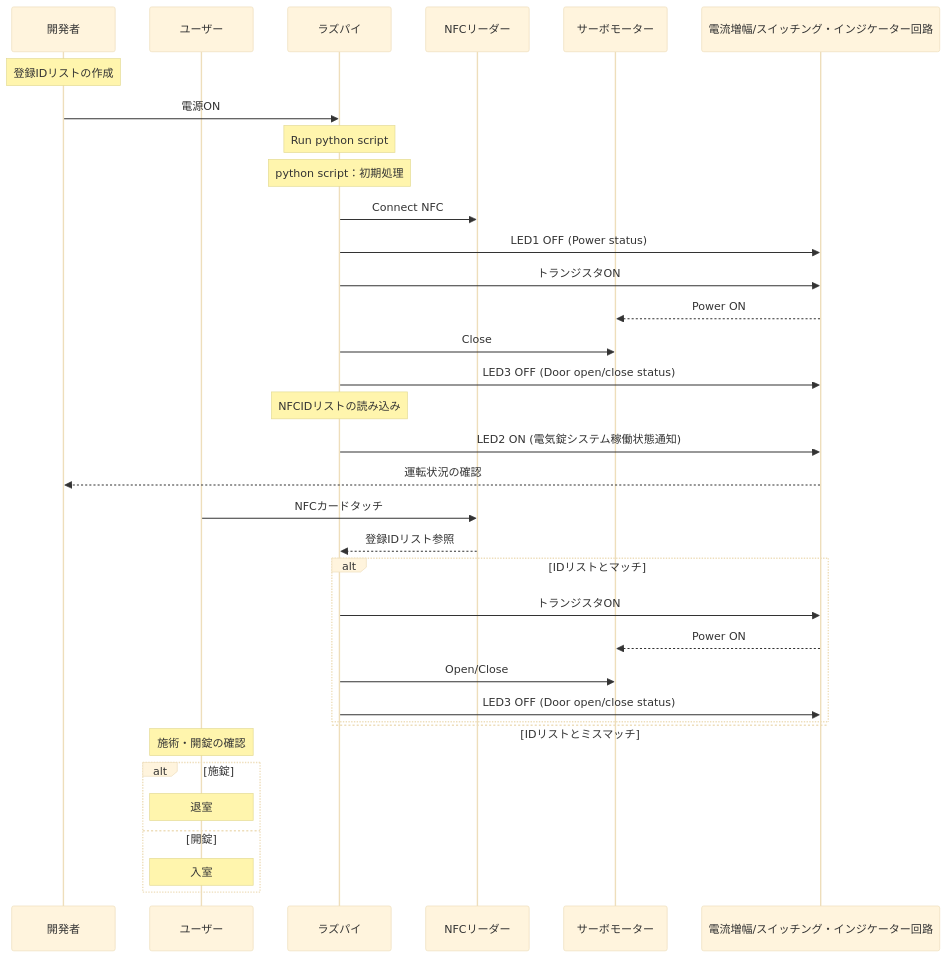
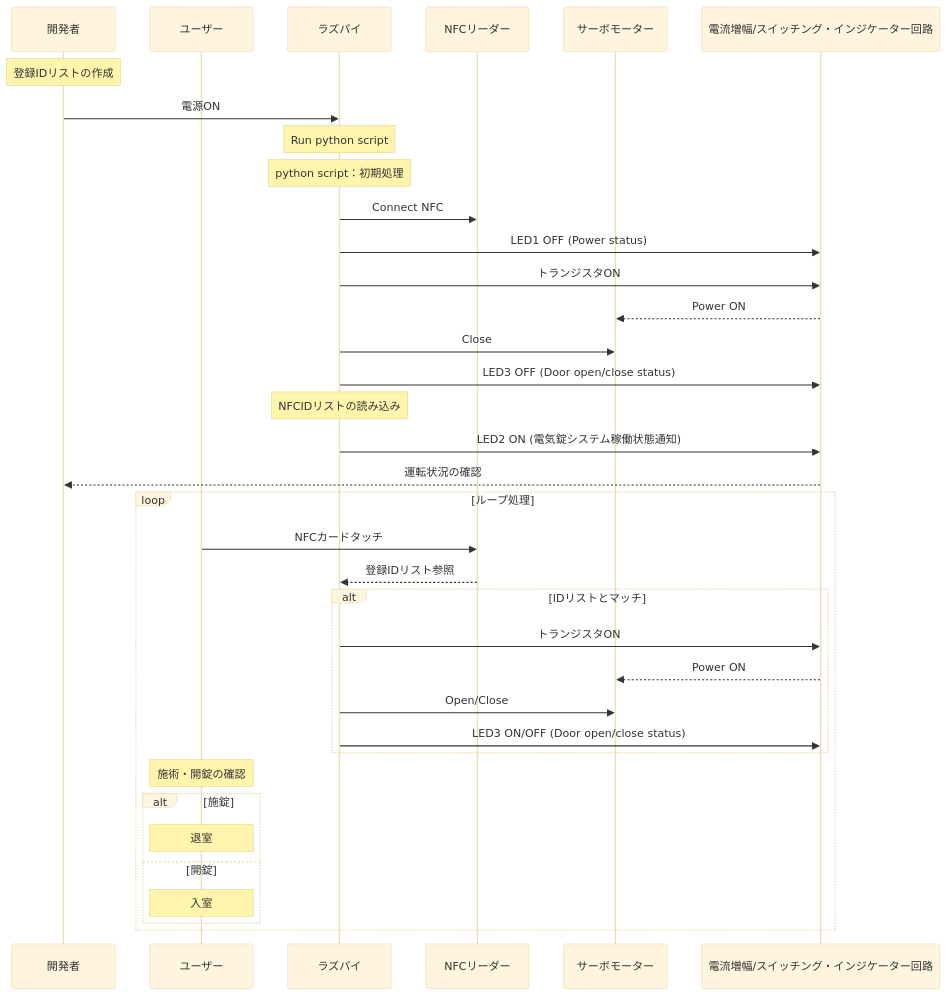
Before and after one commit to YUKI-SOKENDAI/SmartLock: the second of 2 diagrams in memo/SystemMEMO.md, drawn with Mermaid (base theme).

````diff
--- a/memo/SystemMEMO.md
+++ b/memo/SystemMEMO.md
@@ -63,48 +63,46 @@
 ```mermaid
 sequenceDiagram
     participant user as 開発者
     participant user1 as ユーザー
     participant raspi as ラズパイ
     participant nfc as NFCリーダー
     participant servo as サーボモーター
     participant circuit as 電流増幅/スイッチング・インジケーター回路
     
     # hoge
     Note over user: 登録IDリストの作成
     user->>raspi: 電源ON
     Note over raspi : Run python script
     Note over raspi : python script：初期処理
     
     raspi->>nfc: Connect NFC
     raspi->>circuit: LED1 OFF (Power status)
     raspi->>circuit: トランジスタON
     circuit-->>servo: Power ON
     raspi->>servo: Close
     raspi->>circuit: LED3 OFF (Door open/close status)
     Note over raspi : NFCIDリストの読み込み
     raspi->>circuit: LED2 ON (電気錠システム稼働状態通知)
     circuit-->>user: 運転状況の確認
     
-    user1->>nfc: NFCカードタッチ
-    nfc-->>raspi:登録IDリスト参照
-    alt IDリストとマッチ
-        raspi->>circuit: トランジスタON
-        circuit-->>servo: Power ON
-        raspi->>servo: Open/Close
-        raspi->>circuit: LED3 OFF (Door open/close status)
-    else IDリストとミスマッチ
+    loop ループ処理
+        user1->>nfc: NFCカードタッチ
+        nfc-->>raspi:登録IDリスト参照
+        alt IDリストとマッチ
+            raspi->>circuit: トランジスタON
+            circuit-->>servo: Power ON
+            raspi->>servo: Open/Close
+            raspi->>circuit: LED3 ON/OFF (Door open/close status) 
+        end
     
-    end
-    
-    Note over user1 : 施術・開錠の確認
-    
-    alt 施錠
-        Note over user1 :退室
-    else 開錠
-        Note over user1 :入室
-    
+        Note over user1 : 施術・開錠の確認
+        alt 施錠
+            Note over user1 :退室
+        else 開錠
+            Note over user1 :入室
+        end
     end
     
     #raspi-->>user: こんにちは！！
 
 ```
````
